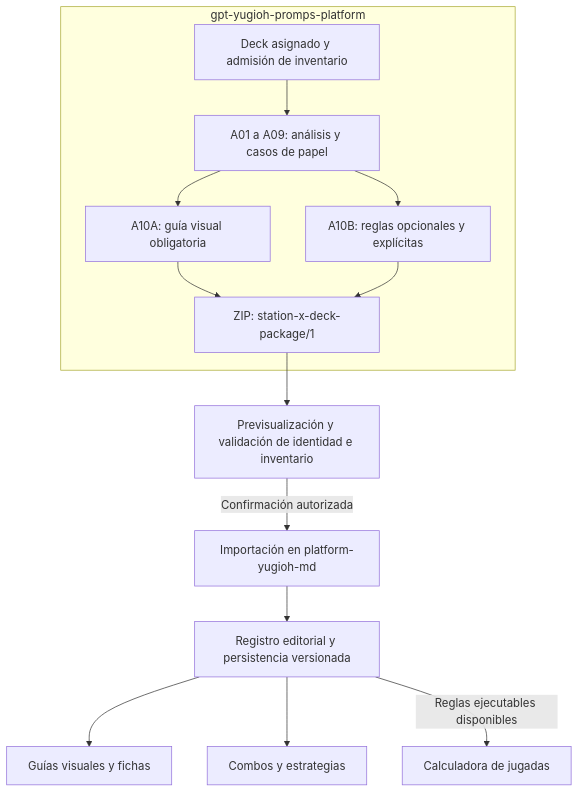
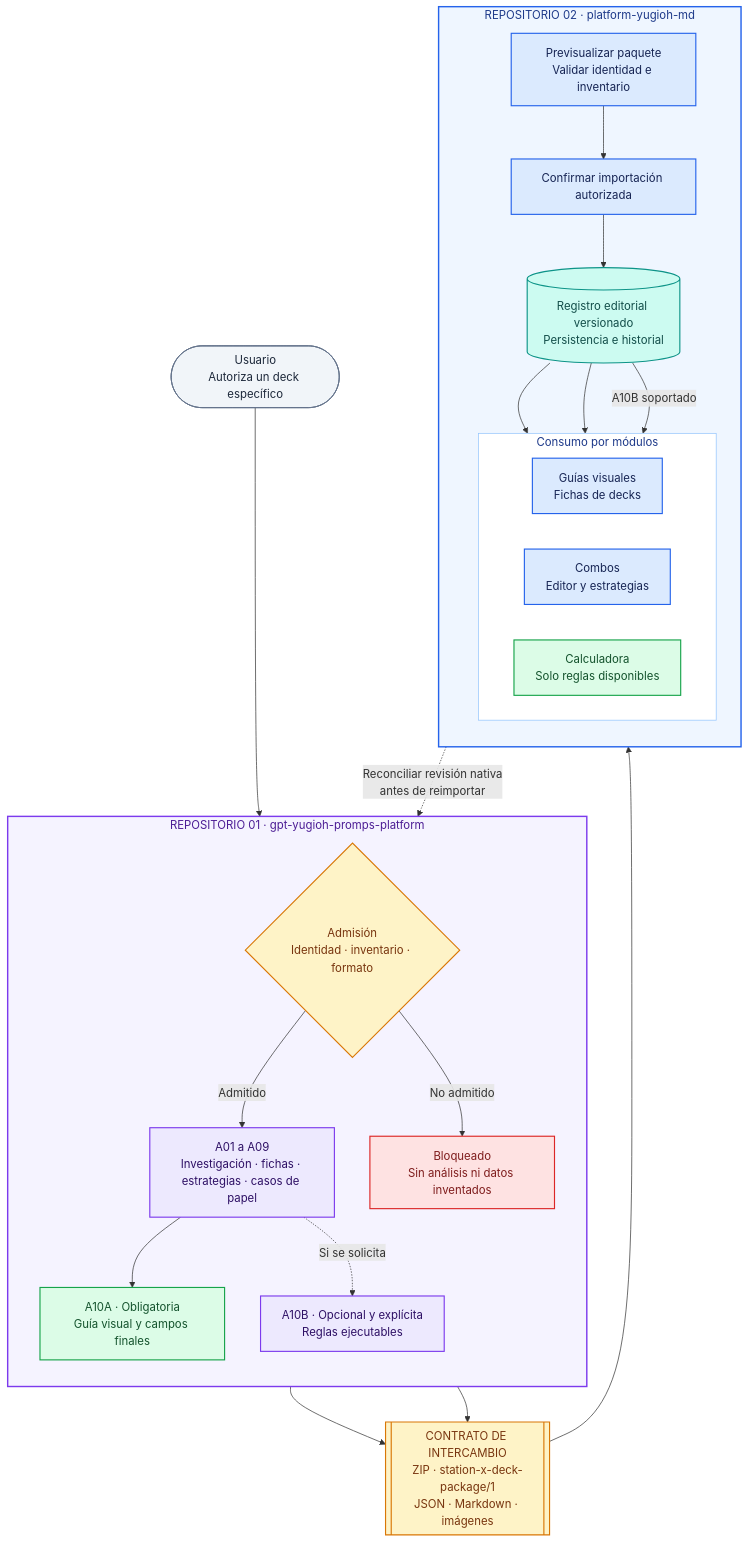
One commit to senior23enginer-coder/platform-yugioh-md changed the sixth of 8 diagrams in README.md. Above: the diagram before and after it, drawn with Mermaid. The commit also changed other lines of this file, not shown here.

Commit message:
docs: enrich architecture diagrams with visual layers and semantic colors

````diff
--- a/README.md
+++ b/README.md
@@ -476,16 +646,46 @@
 ```mermaid
-flowchart TD
-    subgraph GPT["gpt-yugioh-promps-platform"]
-        AUTH["Deck asignado y admisión de inventario"] --> ST["A01 a A09: análisis y casos de papel"]
-        ST --> A["A10A: guía visual obligatoria"]
-        ST --> B["A10B: reglas opcionales y explícitas"]
-        A --> PK["ZIP: station-x-deck-package/1"]
-        B --> PK
+flowchart TB
+    OWNER(["Usuario<br/>Autoriza un deck específico"]):::gray
+    subgraph GPT["REPOSITORIO 01 · gpt-yugioh-promps-platform"]
+        direction TB
+        AUTH{"Admisión<br/>Identidad · inventario · formato"}:::amber
+        STOP["Bloqueado<br/>Sin análisis ni datos inventados"]:::red
+        ST["A01 a A09<br/>Investigación · fichas · estrategias · casos de papel"]:::violet
+        A["A10A · Obligatoria<br/>Guía visual y campos finales"]:::green
+        B["A10B · Opcional y explícita<br/>Reglas ejecutables"]:::violet
+        AUTH -->|"Admitido"| ST
+        AUTH -->|"No admitido"| STOP
+        ST --> A
+        ST -.->|"Si se solicita"| B
     end
-    PK --> PR["Previsualización y validación de identidad e inventario"]
-    PR -->|"Confirmación autorizada"| IMP["Importación en platform-yugioh-md"]
-    IMP --> REG["Registro editorial y persistencia versionada"]
-    REG --> GUIDE["Guías visuales y fichas"]
-    REG --> COMBO["Combos y estrategias"]
-    REG -->|"Reglas ejecutables disponibles"| CALC["Calculadora de jugadas"]
+    PK[["CONTRATO DE INTERCAMBIO<br/>ZIP · station-x-deck-package/1<br/>JSON · Markdown · imágenes"]]:::amber
+    subgraph PLATFORM["REPOSITORIO 02 · platform-yugioh-md"]
+        direction TB
+        PR["Previsualizar paquete<br/>Validar identidad e inventario"]:::blue
+        IMP["Confirmar importación autorizada"]:::blue
+        REG[("Registro editorial versionado<br/>Persistencia e historial")]:::teal
+        PR --> IMP --> REG
+        subgraph FEATURES["Consumo por módulos"]
+            direction LR
+            GUIDE["Guías visuales<br/>Fichas de decks"]:::blue
+            COMBO["Combos<br/>Editor y estrategias"]:::blue
+            CALC["Calculadora<br/>Solo reglas disponibles"]:::green
+        end
+        REG --> GUIDE & COMBO
+        REG -->|"A10B soportado"| CALC
+    end
+    OWNER --> AUTH
+    A & B --> PK
+    PK --> PR
+    COMBO -.->|"Reconciliar revisión nativa<br/>antes de reimportar"| GPT
+    style GPT fill:#F5F3FF,stroke:#7C3AED,stroke-width:2px,color:#4C1D95
+    style PLATFORM fill:#EFF6FF,stroke:#2563EB,stroke-width:2px,color:#1E3A8A
+    style FEATURES fill:#FFFFFF,stroke:#93C5FD,color:#1E3A8A
+    classDef blue fill:#DBEAFE,stroke:#2563EB,color:#172554,stroke-width:1.6px
+    classDef violet fill:#EDE9FE,stroke:#7C3AED,color:#2E1065,stroke-width:1.6px
+    classDef green fill:#DCFCE7,stroke:#16A34A,color:#14532D,stroke-width:1.6px
+    classDef amber fill:#FEF3C7,stroke:#D97706,color:#78350F,stroke-width:1.6px
+    classDef teal fill:#CCFBF1,stroke:#0D9488,color:#134E4A,stroke-width:1.6px
+    classDef gray fill:#F1F5F9,stroke:#64748B,color:#1E293B,stroke-width:1.3px
+    classDef red fill:#FEE2E2,stroke:#DC2626,color:#7F1D1D,stroke-width:1.6px
 ```
````
